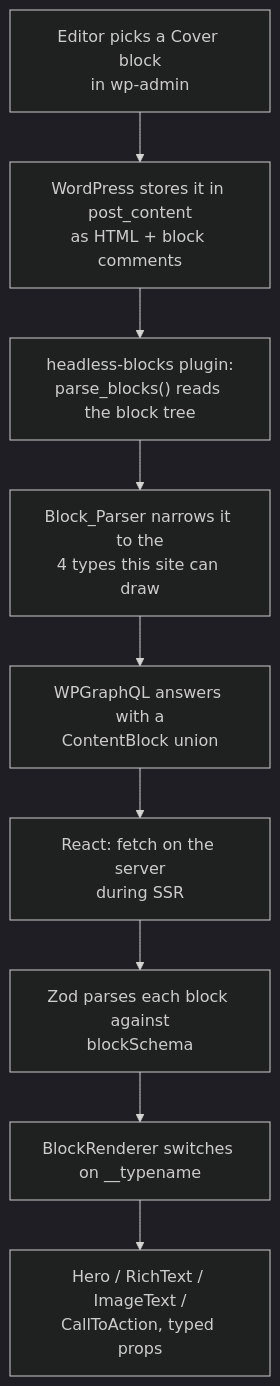
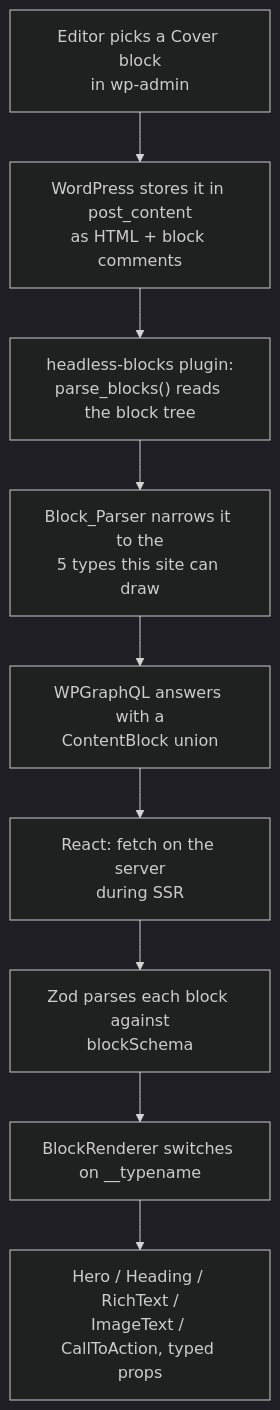
Before and after one commit to mrboyenrey/wp-headless: the second of 2 diagrams in README.md, drawn with Mermaid (dark theme). The commit also changed other lines of this file and 1 other file, not shown here.

````diff
--- a/README.md
+++ b/README.md
@@ -169,11 +169,11 @@
 ```mermaid
 flowchart TD
     A["Editor picks a Cover block<br/>in wp-admin"] --> B["WordPress stores it in post_content<br/>as HTML + block comments"]
     B --> C["headless-blocks plugin:<br/>parse_blocks() reads the block tree"]
-    C --> D["Block_Parser narrows it to the<br/>4 types this site can draw"]
+    C --> D["Block_Parser narrows it to the<br/>5 types this site can draw"]
     D --> E["WPGraphQL answers with a<br/>ContentBlock union"]
     E --> F["React: fetch on the server<br/>during SSR"]
     F --> G["Zod parses each block against<br/>blockSchema"]
     G --> H["BlockRenderer switches on __typename"]
-    H --> I["Hero / RichText / ImageText /<br/>CallToAction, typed props"]
+    H --> I["Hero / Heading / RichText /<br/>ImageText / CallToAction, typed props"]
 ```
````
